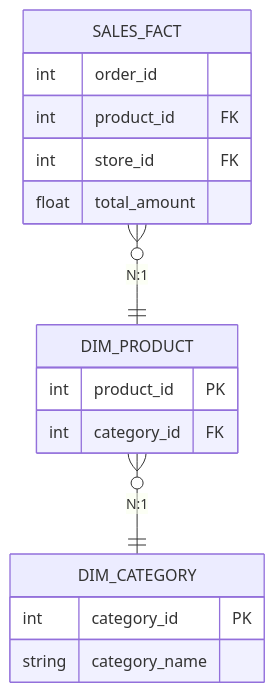
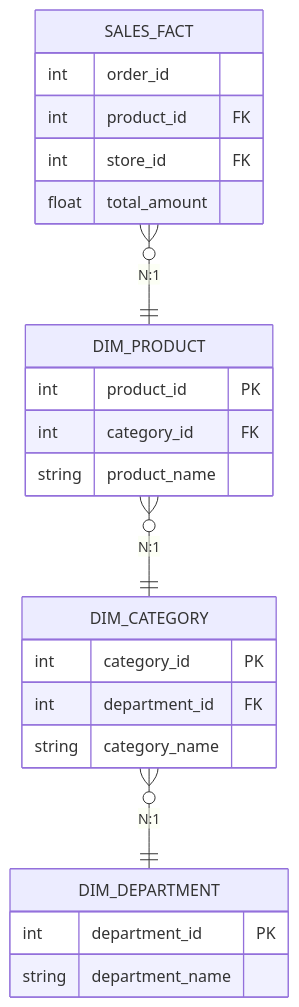
One commit to kythuatdulieu/kythuatdulieu.github.io changed the diagram in src/content/docs/concepts/6-data-modeling-transformation/snowflake-schema.md. Above: the diagram before and after it, drawn with Mermaid. The commit also changed other lines of this file and 228 other files, not shown here.

Commit message:
Fix syntax and rewrite 200+ concepts docs to deep-dive system architecture and add GA4 tracking to quiz app

````diff
--- a/src/content/docs/concepts/6-data-modeling-transformation/snowflake-schema.md
+++ b/src/content/docs/concepts/6-data-modeling-transformation/snowflake-schema.md
@@ -26,22 +26,30 @@
 ```mermaid
 erDiagram
     SALES_FACT {
         int order_id
         int product_id FK
         int store_id FK
         float total_amount
     }
     
     DIM_PRODUCT {
         int product_id PK
         int category_id FK
+        string product_name
     }
     
     DIM_CATEGORY {
         int category_id PK
+        int department_id FK
         string category_name
+    }
+    
+    DIM_DEPARTMENT {
+        int department_id PK
+        string department_name
     }
     
     SALES_FACT }o--|| DIM_PRODUCT : "N:1"
     DIM_PRODUCT }o--|| DIM_CATEGORY : "N:1"
+    DIM_CATEGORY }o--|| DIM_DEPARTMENT : "N:1"
 ```
````
